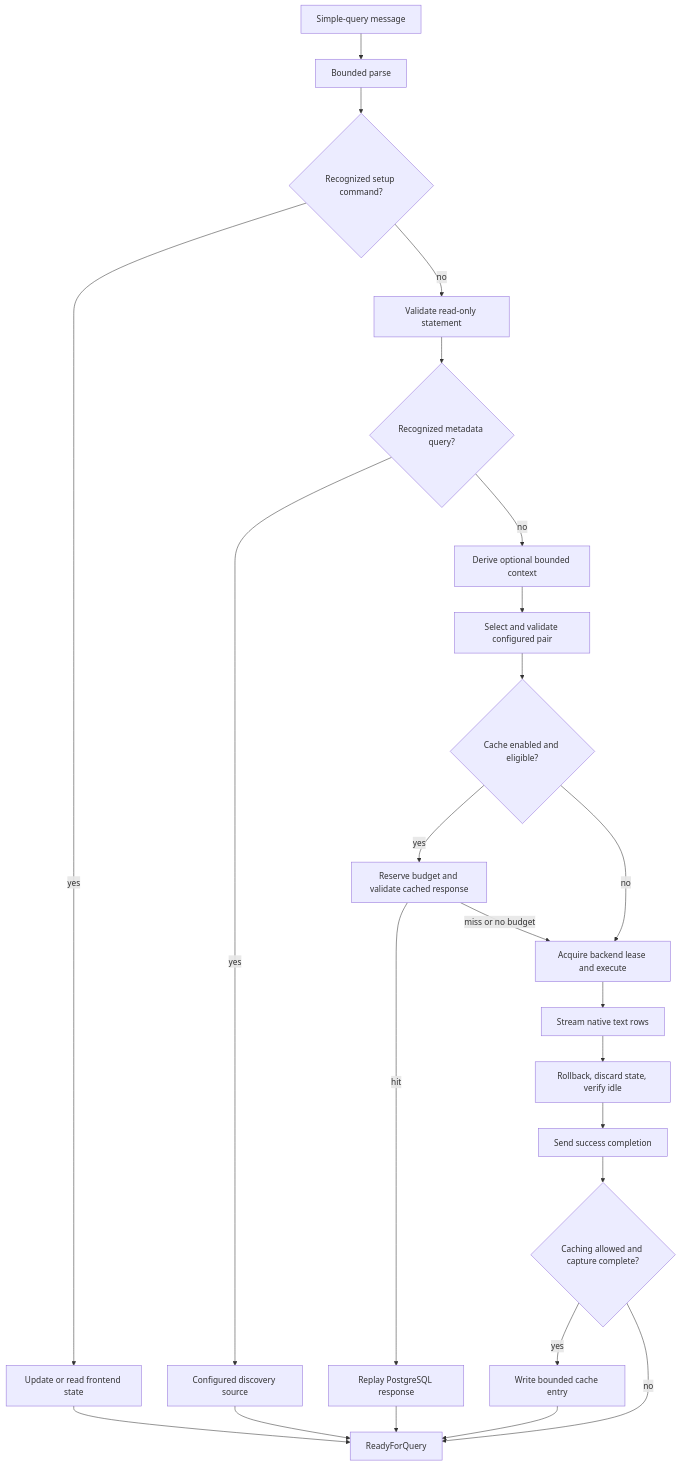
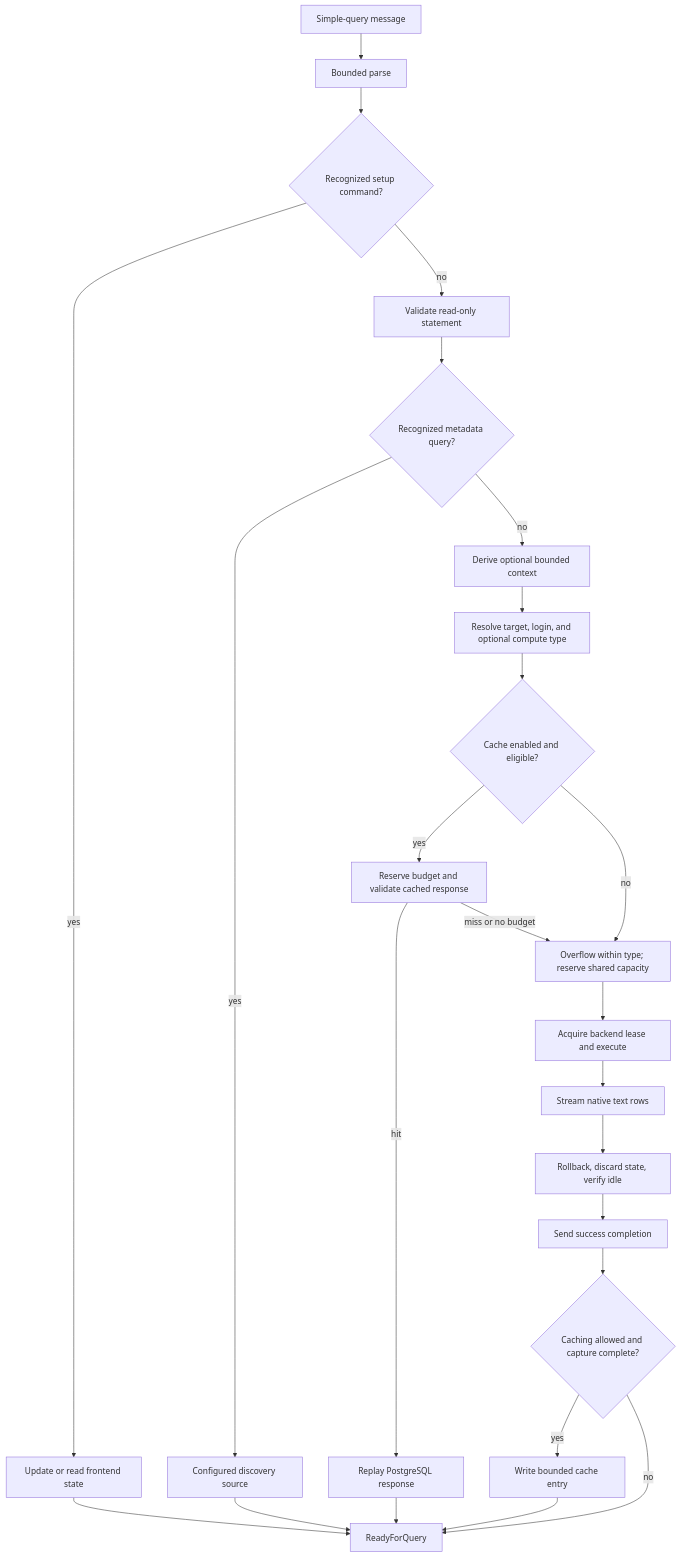
The second of 3 diagrams in docs/architecture.md (AbhiSinha08/yasp-analytics-proxy), drawn with Mermaid before and after one commit. The commit also changed other lines of this file and 43 other files, not shown here.

````diff
--- a/docs/architecture.md
+++ b/docs/architecture.md
@@ -43,26 +43,27 @@
 ```mermaid
 flowchart TD
     Query[Simple-query message] --> Parse[Bounded parse]
     Parse --> Setup{Recognized setup command?}
     Setup -->|yes| Local[Update or read frontend state]
     Setup -->|no| ReadOnly[Validate read-only statement]
     ReadOnly --> Metadata{Recognized metadata query?}
     Metadata -->|yes| Discovery[Configured discovery source]
     Metadata -->|no| Context[Derive optional bounded context]
-    Context --> Route[Select and validate configured pair]
+    Context --> Route[Resolve target, login, and optional compute type]
     Route --> Eligible{Cache enabled and eligible?}
     Eligible -->|yes| Lookup[Reserve budget and validate cached response]
     Lookup -->|hit| Replay[Replay PostgreSQL response]
-    Lookup -->|miss or no budget| Execute[Acquire backend lease and execute]
-    Eligible -->|no| Execute
+    Lookup -->|miss or no budget| Allocate[Overflow within type; reserve shared capacity]
+    Eligible -->|no| Allocate
+    Allocate --> Execute[Acquire backend lease and execute]
     Execute --> Stream[Stream native text rows]
     Stream --> Cleanup[Rollback, discard state, verify idle]
     Cleanup --> Complete[Send success completion]
     Complete --> Cacheable{Caching allowed and capture complete?}
     Cacheable -->|yes| Store[Write bounded cache entry]
     Cacheable -->|no| Ready
     Local --> Ready[ReadyForQuery]
     Discovery --> Ready
     Replay --> Ready
     Store --> Ready
 ```
````
